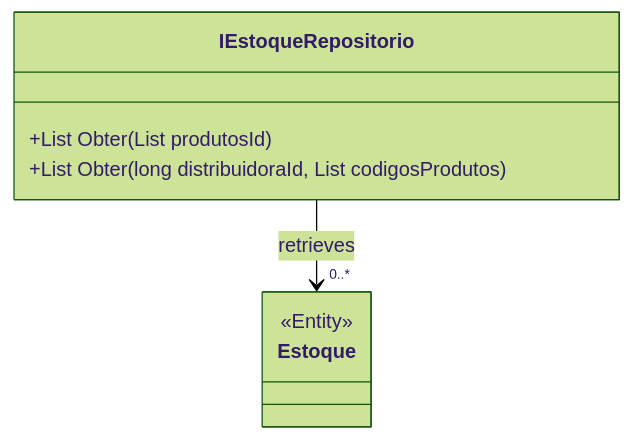
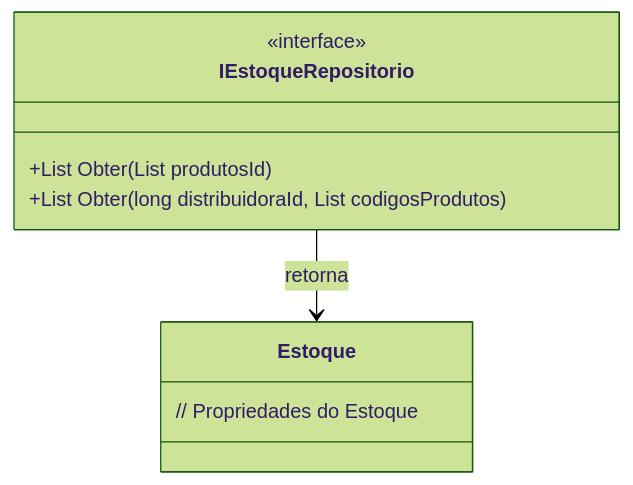
One commit to IsthmusSistemas/documentacao-tecnica changed the diagram in docs/b2b-dominio/IsthmusWinthor.Nucleo/IsthmusWinthor.Dominio/Interfaces/IEstoqueRepositorio.md. Above: the diagram before and after it, drawn with Mermaid (forest theme). The commit also changed other lines of this file and 882 other files, not shown here.

````diff
--- a/docs/b2b-dominio/IsthmusWinthor.Nucleo/IsthmusWinthor.Dominio/Interfaces/IEstoqueRepositorio.md
+++ b/docs/b2b-dominio/IsthmusWinthor.Nucleo/IsthmusWinthor.Dominio/Interfaces/IEstoqueRepositorio.md
@@ -31,12 +33,12 @@
 ```mermaid
 classDiagram
     class IEstoqueRepositorio {
+        <<interface>>
         +List<Estoque> Obter(List<long> produtosId)
         +List<Estoque> Obter(long distribuidoraId, List<long> codigosProdutos)
     }
     class Estoque {
-        <<Entity>>
+        // Propriedades do Estoque
     }
-    
-    IEstoqueRepositorio --> "0..*" Estoque : retrieves
+    IEstoqueRepositorio --> Estoque : retorna
 ```
````
